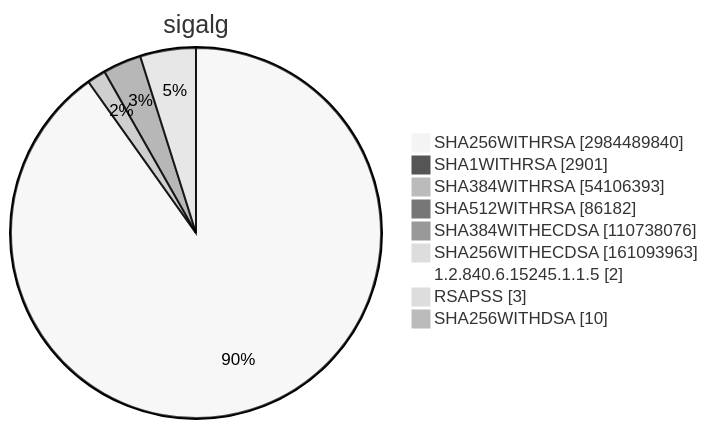
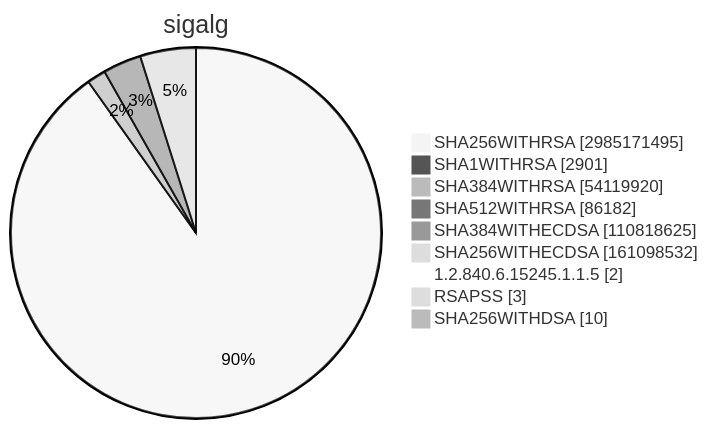
Before and after one commit to christiankrug/ctmonitor_visualization: diagram 15 of 15 in TOTAL/README.md, drawn with Mermaid (neutral theme). The commit also changed other lines of this file, not shown here.

````diff
--- a/TOTAL/README.md
+++ b/TOTAL/README.md
@@ -6208,13 +6208,13 @@
 ```mermaid
 pie showData
 title sigalg
-"SHA256WITHRSA" :2984489840
+"SHA256WITHRSA" :2985171495
 "SHA1WITHRSA" :2901
-"SHA384WITHRSA" :54106393
+"SHA384WITHRSA" :54119920
 "SHA512WITHRSA" :86182
-"SHA384WITHECDSA" :110738076
-"SHA256WITHECDSA" :161093963
+"SHA384WITHECDSA" :110818625
+"SHA256WITHECDSA" :161098532
 "1.2.840.6.15245.1.1.5" :2
 "RSAPSS" :3
 "SHA256WITHDSA" :10
 ```
````
